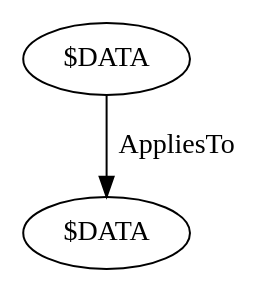
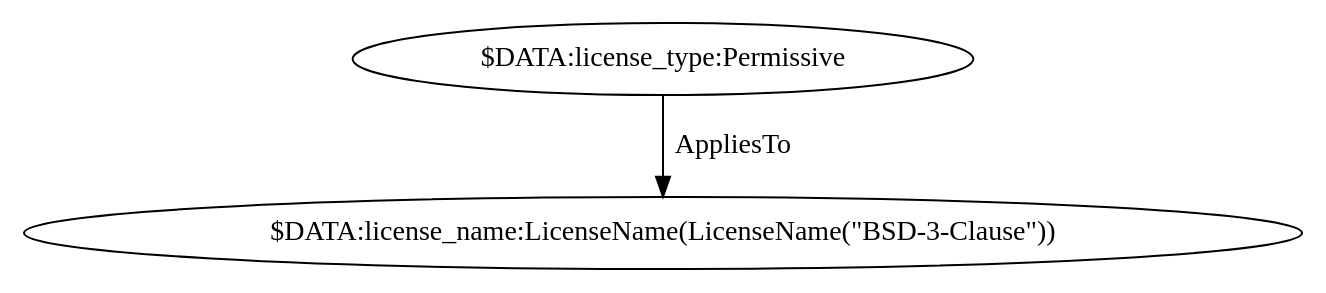
Before and after one commit to maxhbr/LDBcollector: the diagram in test_output/source_librariesio/BSD-3-Clause.dot, drawn with Graphviz. The commit also changed 44 other files, not shown here.

```diff
--- a/test_output/source_librariesio/BSD-3-Clause.dot
+++ b/test_output/source_librariesio/BSD-3-Clause.dot
@@ -1,5 +1,5 @@
 digraph {
-    36 [ label = "$DATA" ]
-    48 [ label = "$DATA" ]
-    48 -> 36 [ label = "AppliesTo" ]
+    22 [ label = "$DATA:license_name:LicenseName(LicenseName(\"BSD-3-Clause\"))" ]
+    34 [ label = "$DATA:license_type:Permissive" ]
+    34 -> 22 [ label = "AppliesTo" ]
 }
```
